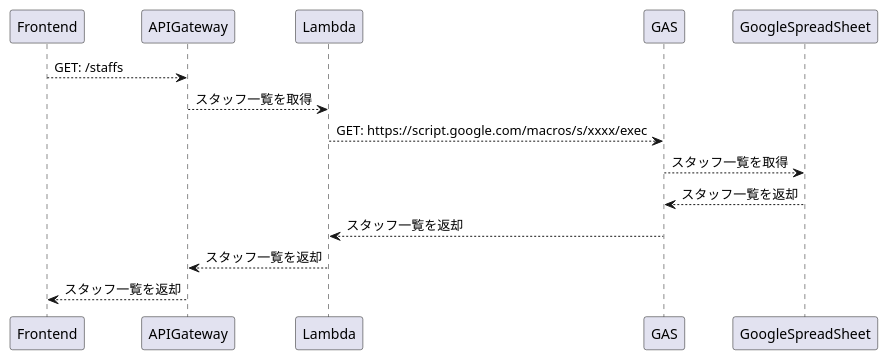
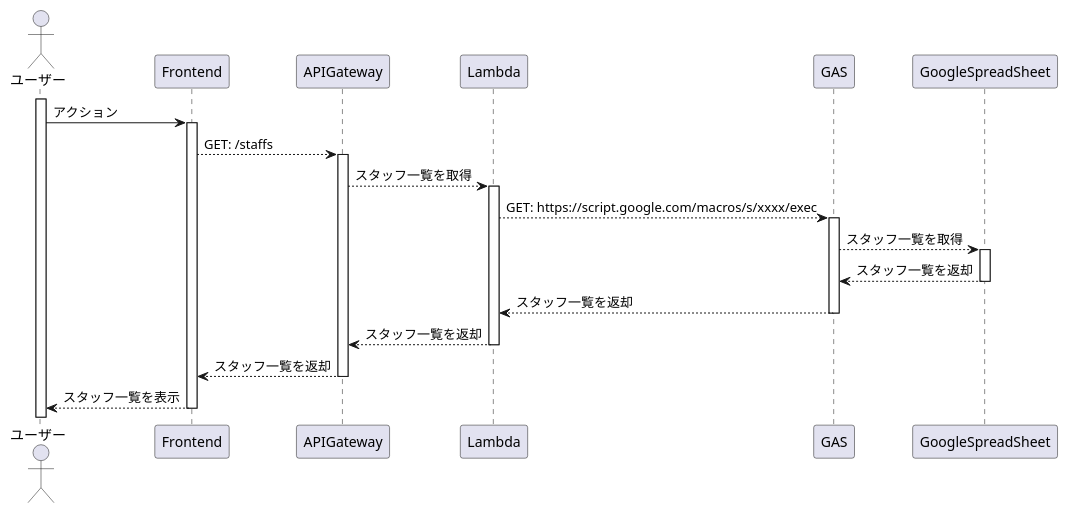
One commit to Fukuemon/ReceiptCheckerDesignDocs changed the diagram in src/diagrams/sequence/GetStaffs/GetStaffs.puml. Above: the diagram before and after it, drawn with PlantUML. The commit also changed 5 other files, not shown here.

```diff
--- a/src/diagrams/sequence/GetStaffs/GetStaffs.puml
+++ b/src/diagrams/sequence/GetStaffs/GetStaffs.puml
@@ -1,16 +1,30 @@
 @startuml GetStaffs
+Actor ユーザー
 Participant Frontend as Front
 Participant APIGateway as Gateway
 Participant Lambda
 Participant GAS
 Participant GoogleSpreadSheet
 
+activate ユーザー
+ユーザー -> Front: アクション
+activate Front
 Front --> Gateway: GET: /staffs
+activate Gateway
 Gateway --> Lambda: スタッフ一覧を取得
+activate Lambda
 Lambda --> GAS: GET: https://script.google.com/macros/s/xxxx/exec
+activate GAS
 GAS --> GoogleSpreadSheet: スタッフ一覧を取得
+activate GoogleSpreadSheet
 GoogleSpreadSheet --> GAS: スタッフ一覧を返却
+deactivate GoogleSpreadSheet
 GAS --> Lambda: スタッフ一覧を返却
+deactivate GAS
 Lambda --> Gateway: スタッフ一覧を返却
+deactivate Lambda
 Gateway --> Front: スタッフ一覧を返却
+deactivate Gateway
+Front --> ユーザー: スタッフ一覧を表示
+deactivate Front
 @enduml
```
